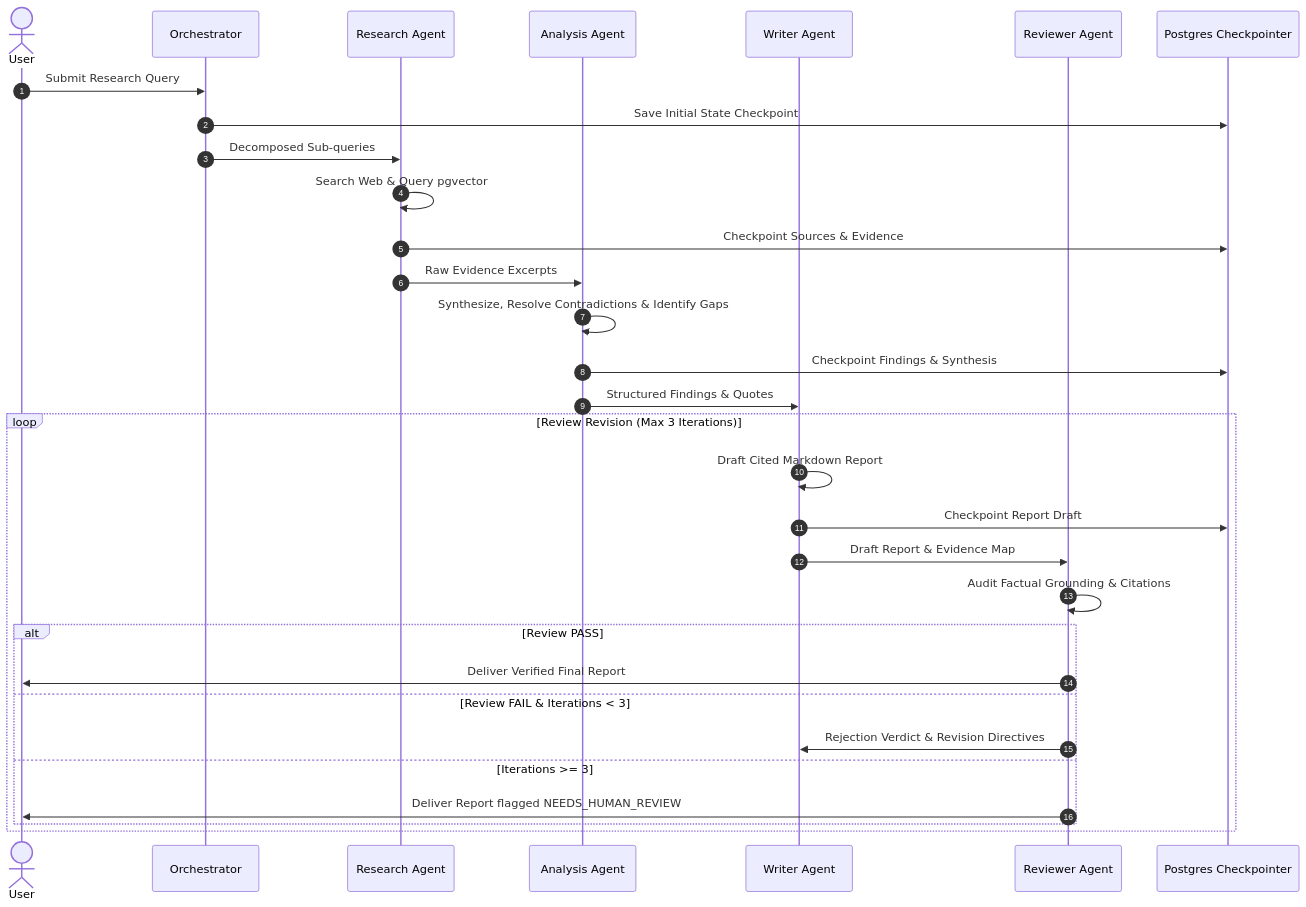
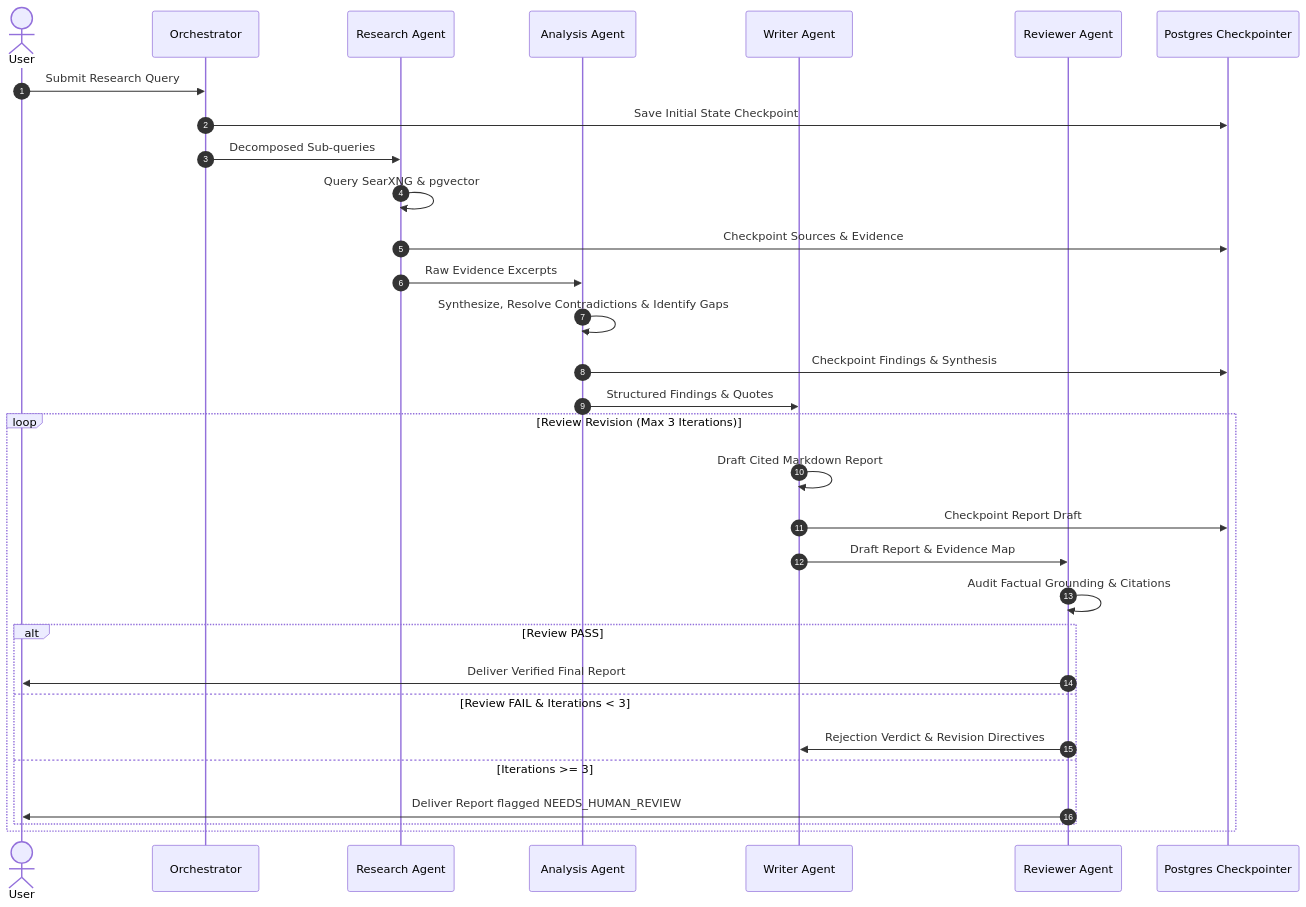
One commit to Akshat29-creator/Research-Pilot changed the second of 2 diagrams in docs/ARCHITECTURE.md. Above: the diagram before and after it, drawn with Mermaid. The commit also changed other lines of this file and 5 other files, not shown here.

Commit message:
docs(phase-0): incorporate user feedback on VRAM monitoring, host networking, and SearXNG

````diff
--- a/docs/ARCHITECTURE.md
+++ b/docs/ARCHITECTURE.md
@@ -106,34 +112,34 @@
   ```mermaid
   sequenceDiagram
       autonumber
       actor User
       participant Orch as Orchestrator
       participant Res as Research Agent
       participant Ana as Analysis Agent
       participant Wri as Writer Agent
       participant Rev as Reviewer Agent
       participant DB as Postgres Checkpointer
 
       User->>Orch: Submit Research Query
       Orch->>DB: Save Initial State Checkpoint
       Orch->>Res: Decomposed Sub-queries
-      Res->>Res: Search Web & Query pgvector
+      Res->>Res: Query SearXNG & pgvector
       Res->>DB: Checkpoint Sources & Evidence
       Res->>Ana: Raw Evidence Excerpts
       Ana->>Ana: Synthesize, Resolve Contradictions & Identify Gaps
       Ana->>DB: Checkpoint Findings & Synthesis
       Ana->>Wri: Structured Findings & Quotes
       loop Review Revision (Max 3 Iterations)
           Wri->>Wri: Draft Cited Markdown Report
           Wri->>DB: Checkpoint Report Draft
           Wri->>Rev: Draft Report & Evidence Map
           Rev->>Rev: Audit Factual Grounding & Citations
           alt Review PASS
               Rev->>User: Deliver Verified Final Report
           else Review FAIL & Iterations < 3
               Rev->>Wri: Rejection Verdict & Revision Directives
           else Iterations >= 3
               Rev->>User: Deliver Report flagged NEEDS_HUMAN_REVIEW
           end
       end
   ```
````
